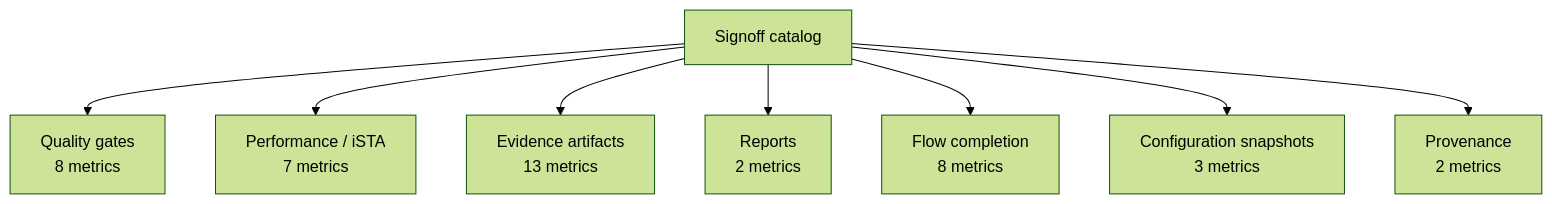
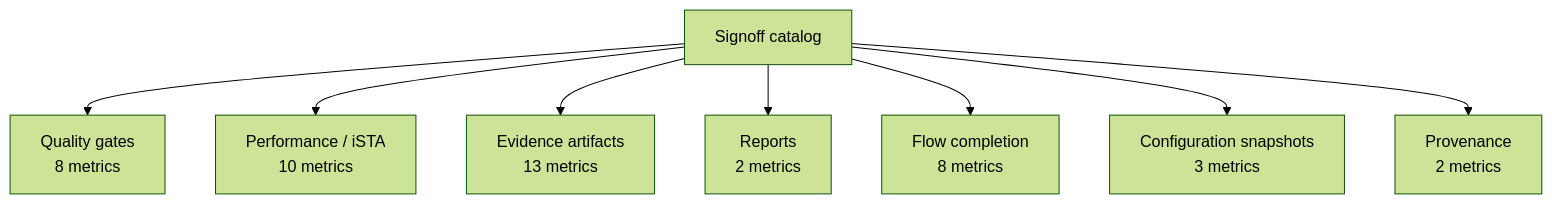
The second of 56 diagrams in .github/signoff-board/signoff-kanban.md (openecos-projects/ecc), drawn with Mermaid (forest theme) before and after one commit. The commit also changed other lines of this file and 1 other file, not shown here.

First line of the commit message:
feat(signoff): host latency/throughput/memory performance catalog slots

````diff
--- a/.github/signoff-board/signoff-kanban.md
+++ b/.github/signoff-board/signoff-kanban.md
@@ -98,18 +101,18 @@
 ```mermaid
 flowchart TB
   hub["Signoff catalog"]
   map_quality_gate["Quality gates<br/>8 metrics"]
   hub --> map_quality_gate
-  map_performance["Performance / iSTA<br/>7 metrics"]
+  map_performance["Performance / iSTA<br/>10 metrics"]
   hub --> map_performance
   map_artifact["Evidence artifacts<br/>13 metrics"]
   hub --> map_artifact
   map_report["Reports<br/>2 metrics"]
   hub --> map_report
   map_flow["Flow completion<br/>8 metrics"]
   hub --> map_flow
   map_configuration["Configuration snapshots<br/>3 metrics"]
   hub --> map_configuration
   map_provenance["Provenance<br/>2 metrics"]
   hub --> map_provenance
 ```
````
